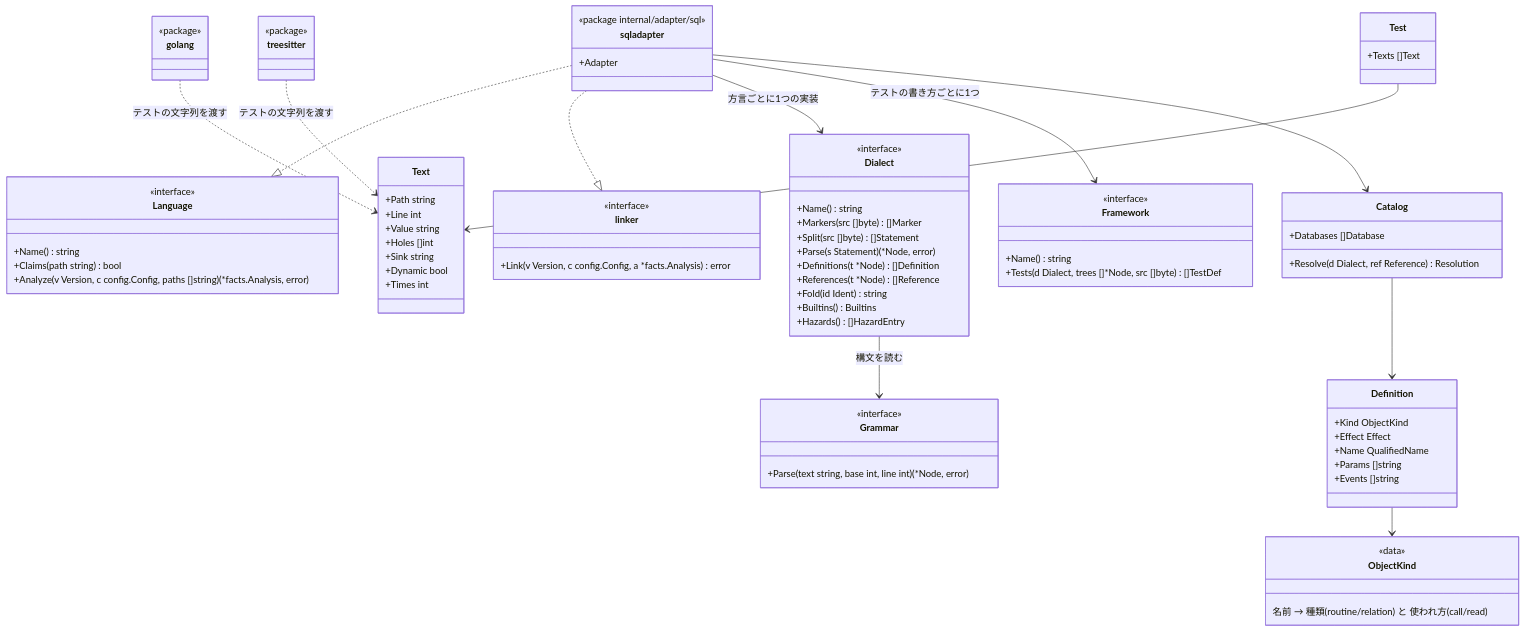
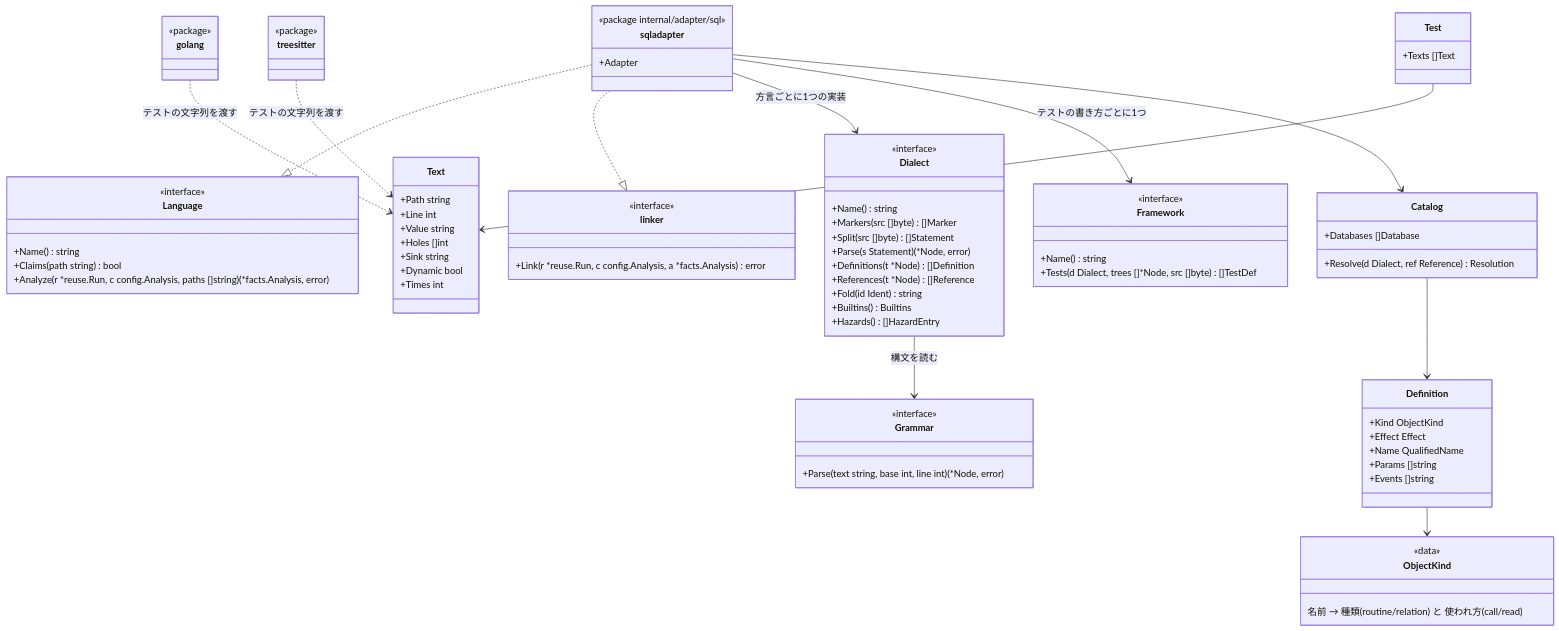
Before and after one commit to rerorets/hadome: the diagram in docs/design/adapters-sql.ja.md, drawn with Mermaid. The commit also changed 11 other files, not shown here.

Commit message:
The design of reusing analysis between base and head in one run: adapters split their work into pure and reading stages, and a stage's result is reused only when its key or every recorded read is the same in head

````diff
--- a/docs/design/adapters-sql.ja.md
+++ b/docs/design/adapters-sql.ja.md
@@ -39,82 +39,82 @@
 ```mermaid
 classDiagram
   class Language {
     <<interface>>
     +Name() string
     +Claims(path string) bool
-    +Analyze(v Version, c config.Config, paths []string) (*facts.Analysis, error)
+    +Analyze(r *reuse.Run, c config.Analysis, paths []string) (*facts.Analysis, error)
   }
   class linker {
     <<interface>>
-    +Link(v Version, c config.Config, a *facts.Analysis) error
+    +Link(r *reuse.Run, c config.Analysis, a *facts.Analysis) error
   }
   class Test {
     +Texts []Text
   }
   class Text {
     +Path string
     +Line int
     +Value string
     +Holes []int
     +Sink string
     +Dynamic bool
     +Times int
   }
   class sqladapter {
     <<package internal/adapter/sql>>
     +Adapter
   }
   class Dialect {
     <<interface>>
     +Name() string
     +Markers(src []byte) []Marker
     +Split(src []byte) []Statement
     +Parse(s Statement) (*Node, error)
     +Definitions(t *Node) []Definition
     +References(t *Node) []Reference
     +Fold(id Ident) string
     +Builtins() Builtins
     +Hazards() []HazardEntry
   }
   class Grammar {
     <<interface>>
     +Parse(text string, base int, line int) (*Node, error)
   }
   class Framework {
     <<interface>>
     +Name() string
     +Tests(d Dialect, trees []*Node, src []byte) []TestDef
   }
   class Catalog {
     +Databases []Database
     +Resolve(d Dialect, ref Reference) Resolution
   }
   class Definition {
     +Kind ObjectKind
     +Effect Effect
     +Name QualifiedName
     +Params []string
     +Events []string
   }
   class ObjectKind {
     <<data>>
     名前 → 種類(routine/relation) と 使われ方(call/read)
   }
   class golang {
     <<package>>
   }
   class treesitter {
     <<package>>
   }
   sqladapter ..|> Language
   sqladapter ..|> linker
   sqladapter --> Dialect : 方言ごとに1つの実装
   Dialect --> Grammar : 構文を読む
   sqladapter --> Framework : テストの書き方ごとに1つ
   sqladapter --> Catalog
   Catalog --> Definition
   Definition --> ObjectKind
   golang ..> Text : テストの文字列を渡す
   treesitter ..> Text : テストの文字列を渡す
   Test --> Text
 ```
````
